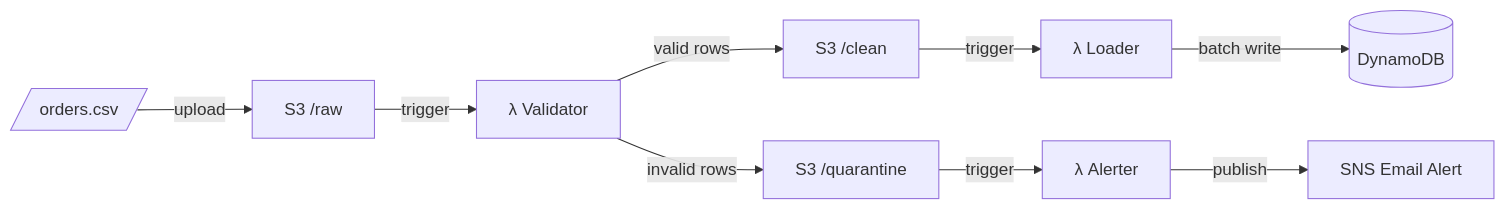
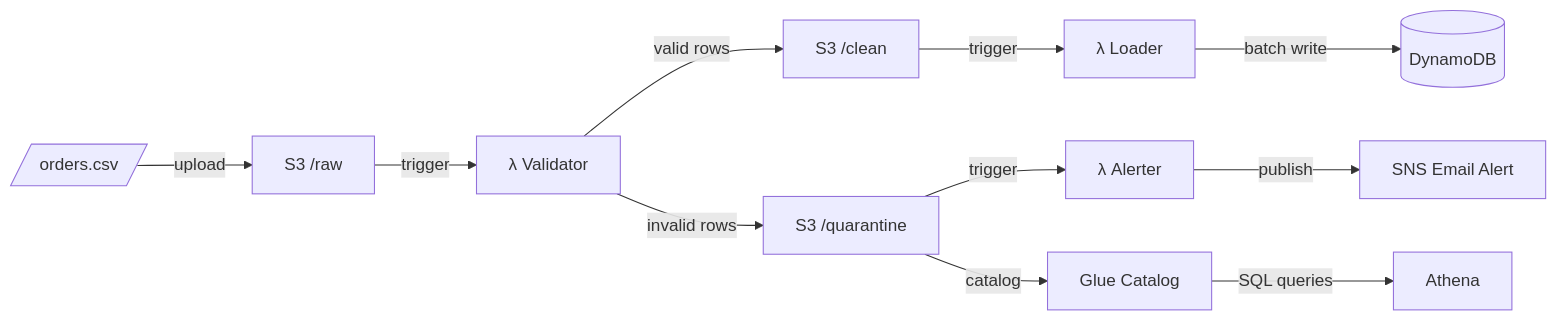
Before and after one commit to PantelisTsagkas/golden-fork-pipeline: the diagram in README.md, drawn with Mermaid. The commit also changed other lines of this file, not shown here.

Commit message:
Update README to enhance clarity on validation rules and pipeline operations. Added details on Glue Catalog integration, structured failure summaries, and synthetic data generation. Improved descriptions for CloudWatch metrics and SQS dead-letter queues.

````diff
--- a/README.md
+++ b/README.md
@@ -7,11 +7,13 @@
 ```mermaid
 flowchart LR
     CSV[/"orders.csv"/] -->|upload| S3_RAW["S3 /raw"]
     S3_RAW -->|trigger| L1[λ Validator]
     L1 -->|valid rows| S3_CLEAN["S3 /clean"]
     L1 -->|invalid rows| S3_QUARANTINE["S3 /quarantine"]
     S3_CLEAN -->|trigger| L2[λ Loader]
     S3_QUARANTINE -->|trigger| L3[λ Alerter]
+    S3_QUARANTINE -->|catalog| GLUE[Glue Catalog]
     L2 -->|batch write| DDB[(DynamoDB)]
     L3 -->|publish| SNS[SNS Email Alert]
+    GLUE -->|SQL queries| ATHENA[Athena]
 ```
````
